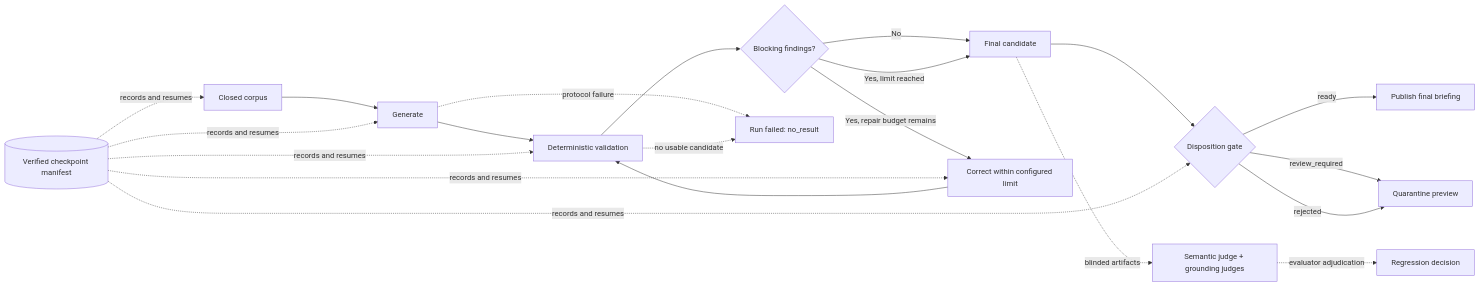
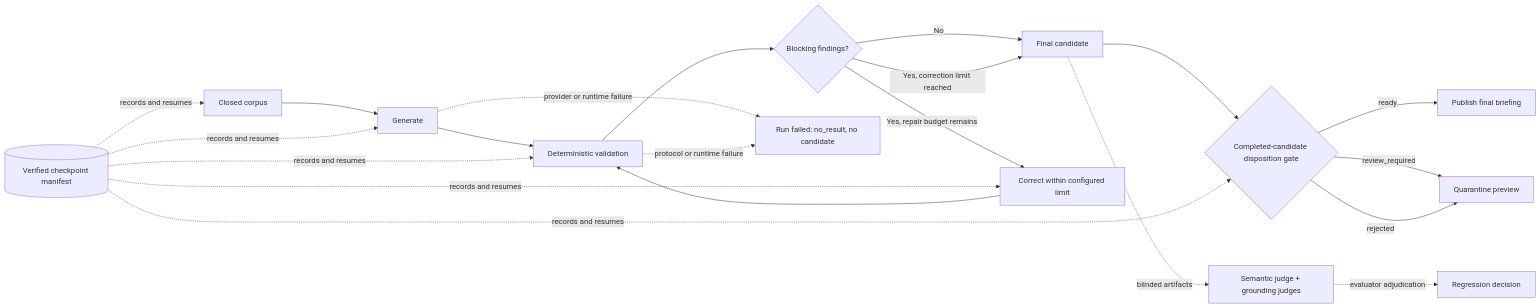
One commit to elanthus/news-briefing changed the diagram in docs/design.md. Above: the diagram before and after it, drawn with Mermaid. The commit also changed other lines of this file, not shown here.

Commit message:
docs: separate candidate dispositions from failed runs

````diff
--- a/docs/design.md
+++ b/docs/design.md
@@ -57,26 +57,26 @@
 ```mermaid
 flowchart LR
     corpus[Closed corpus] --> generate[Generate]
     generate --> validate[Deterministic validation]
     validate --> findings{Blocking findings?}
     findings -- No --> candidate[Final candidate]
     findings -- Yes, repair budget remains --> correct[Correct within configured limit]
     correct --> validate
-    findings -- Yes, limit reached --> candidate
-    candidate --> gate{Disposition gate}
+    findings -- Yes, correction limit reached --> candidate
+    candidate --> gate{Completed-candidate disposition gate}
 
     gate -- ready --> publish[Publish final briefing]
     gate -- review_required --> quarantine[Quarantine preview]
     gate -- rejected --> quarantine
-    generate -. protocol failure .-> failed[Run failed: no_result]
-    validate -. no usable candidate .-> failed
+    generate -. provider or runtime failure .-> failed[Run failed: no_result, no candidate]
+    validate -. protocol or runtime failure .-> failed
 
     manifest[(Verified checkpoint manifest)] -. records and resumes .-> corpus
     manifest -. records and resumes .-> generate
     manifest -. records and resumes .-> validate
     manifest -. records and resumes .-> correct
     manifest -. records and resumes .-> gate
 
     candidate -. blinded artifacts .-> judges[Semantic judge + grounding judges]
     judges -. evaluator adjudication .-> evaluation[Regression decision]
 ```
````
